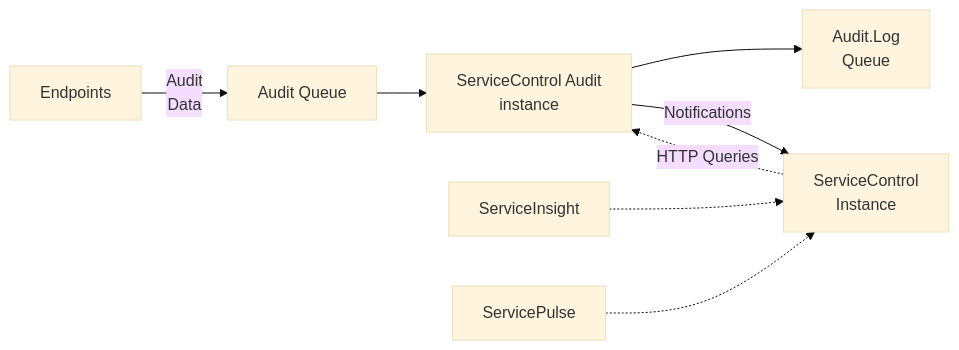
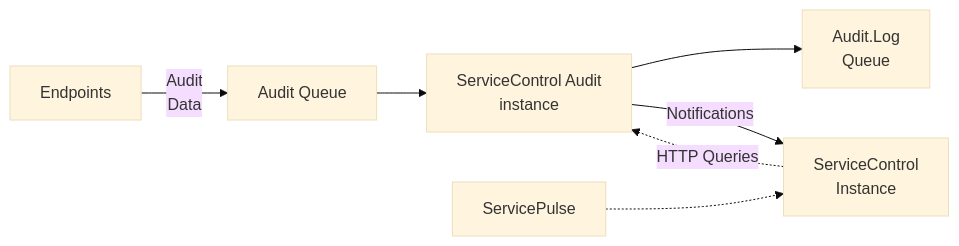
One commit to Particular/docs.particular.net changed the diagram in servicecontrol/audit-instances/index.md. Above: the diagram before and after it, drawn with Mermaid (base theme). The commit also changed other lines of this file and 22 other files, not shown here.

First line of the commit message:
Remove ServiceInsight from /transports, /servicepulse and /servicecontrol docs (#7979)

````diff
--- a/servicecontrol/audit-instances/index.md
+++ b/servicecontrol/audit-instances/index.md
@@ -14,15 +14,14 @@
 ```mermaid
 graph LR
   Endpoints -- Audit<br>Data --> AuditQ[Audit Queue]
 
   SCA[ServiceControl Audit<br>instance]
   SC[ServiceControl<br>Instance]
   AuditQ --> SCA
 
-  ServiceInsight -.-> SC
   ServicePulse -.-> SC
   SCA --> AuditLog[Audit.Log<br>Queue]
 
   SC -. HTTP Queries .-> SCA
   SCA -- Notifications --> SC
 ```
````
